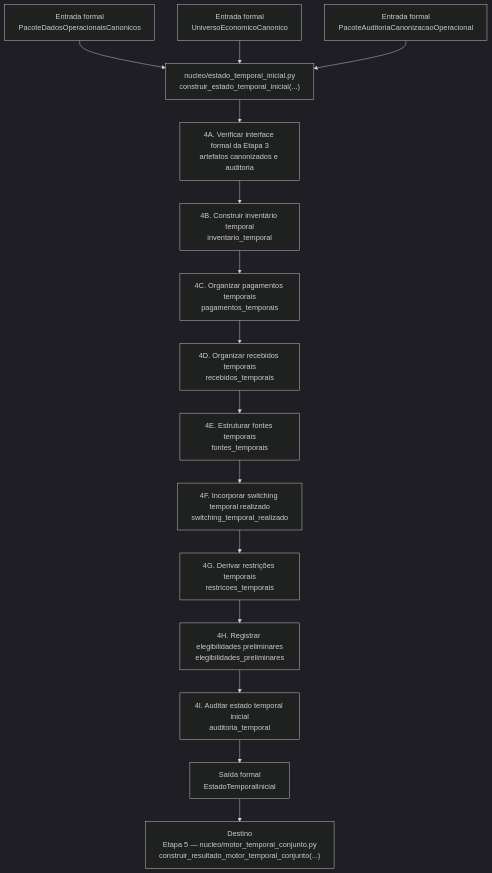
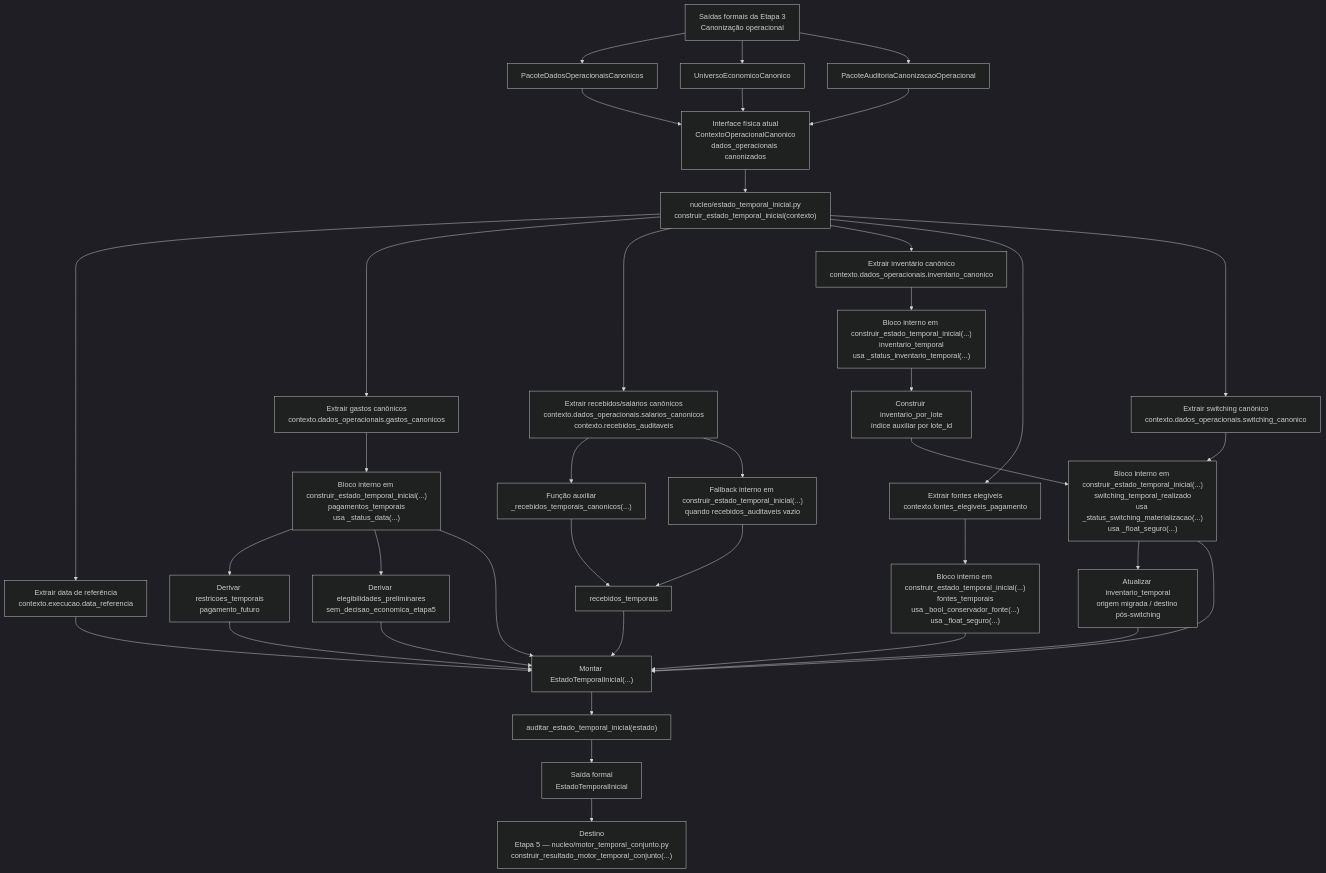
The diagram in relatorios/principais/contratos_individuais/CONTRATO_ETAPA4_ESTADO_TEMPORAL_INICIAL.md (WevertonGomesCosta/payment-investment-allocation), drawn with Mermaid (dark theme) before and after one commit. The commit also changed other lines of this file, not shown here.

Commit message:
MICRO-ETAPA4-DOC: corrige fluxograma DAG do estado temporal

````diff
--- a/relatorios/principais/contratos_individuais/CONTRATO_ETAPA4_ESTADO_TEMPORAL_INICIAL.md
+++ b/relatorios/principais/contratos_individuais/CONTRATO_ETAPA4_ESTADO_TEMPORAL_INICIAL.md
@@ -168,18 +172,51 @@
 ```mermaid
 flowchart TD
-    IN1["Entrada formal<br/>PacoteDadosOperacionaisCanonicos"] --> ORQ["nucleo/estado_temporal_inicial.py<br/>construir_estado_temporal_inicial(...)"]
-    IN2["Entrada formal<br/>UniversoEconomicoCanonico"] --> ORQ
-    IN3["Entrada formal<br/>PacoteAuditoriaCanonizacaoOperacional"] --> ORQ
+    E3["Saídas formais da Etapa 3<br/>Canonização operacional"] --> IN1["PacoteDadosOperacionaisCanonicos"]
+    E3 --> IN2["UniversoEconomicoCanonico"]
+    E3 --> IN3["PacoteAuditoriaCanonizacaoOperacional"]
 
-    ORQ --> A["4A. Verificar interface formal da Etapa 3<br/>artefatos canonizados e auditoria"]
-    A --> B["4B. Construir inventário temporal<br/>inventario_temporal"]
-    B --> C["4C. Organizar pagamentos temporais<br/>pagamentos_temporais"]
-    C --> D["4D. Organizar recebidos temporais<br/>recebidos_temporais"]
-    D --> E["4E. Estruturar fontes temporais<br/>fontes_temporais"]
-    E --> F["4F. Incorporar switching temporal realizado<br/>switching_temporal_realizado"]
-    F --> G["4G. Derivar restrições temporais<br/>restricoes_temporais"]
-    G --> H["4H. Registrar elegibilidades preliminares<br/>elegibilidades_preliminares"]
-    H --> I["4I. Auditar estado temporal inicial<br/>auditoria_temporal"]
-    I --> OUT["Saída formal<br/>EstadoTemporalInicial"]
+    IN1 --> CTX["Interface física atual<br/>ContextoOperacionalCanonico<br/>dados_operacionais canonizados"]
+    IN2 --> CTX
+    IN3 --> CTX
+
+    CTX --> ORQ["nucleo/estado_temporal_inicial.py<br/>construir_estado_temporal_inicial(contexto)"]
+
+    ORQ --> REF["Extrair data de referência<br/>contexto.execucao.data_referencia"]
+    ORQ --> GASTOS["Extrair gastos canônicos<br/>contexto.dados_operacionais.gastos_canonicos"]
+    ORQ --> RECEBIDOS["Extrair recebidos/salários canônicos<br/>contexto.dados_operacionais.salarios_canonicos<br/>contexto.recebidos_auditaveis"]
+    ORQ --> INVENTARIO["Extrair inventário canônico<br/>contexto.dados_operacionais.inventario_canonico"]
+    ORQ --> FONTES["Extrair fontes elegíveis<br/>contexto.fontes_elegiveis_pagamento"]
+    ORQ --> SWITCH["Extrair switching canônico<br/>contexto.dados_operacionais.switching_canonico"]
+
+    GASTOS --> PG["Bloco interno em construir_estado_temporal_inicial(...)<br/>pagamentos_temporais<br/>usa _status_data(...)"]
+    INVENTARIO --> INV["Bloco interno em construir_estado_temporal_inicial(...)<br/>inventario_temporal<br/>usa _status_inventario_temporal(...)"]
+
+    RECEBIDOS --> REC1["Função auxiliar<br/>_recebidos_temporais_canonicos(...)"]
+    REC1 --> REC["recebidos_temporais"]
+    RECEBIDOS --> REC_FALLBACK["Fallback interno em construir_estado_temporal_inicial(...)<br/>quando recebidos_auditaveis vazio"]
+    REC_FALLBACK --> REC
+
+    FONTES --> FON["Bloco interno em construir_estado_temporal_inicial(...)<br/>fontes_temporais<br/>usa _bool_conservador_fonte(...)<br/>usa _float_seguro(...)"]
+
+    INV --> INV_IDX["Construir inventario_por_lote<br/>índice auxiliar por lote_id"]
+    SWITCH --> SW["Bloco interno em construir_estado_temporal_inicial(...)<br/>switching_temporal_realizado<br/>usa _status_switching_materializacao(...)<br/>usa _float_seguro(...)"]
+    INV_IDX --> SW
+    SW --> INV_UPD["Atualizar inventario_temporal<br/>origem migrada / destino pós-switching"]
+
+    PG --> REST["Derivar restricoes_temporais<br/>pagamento_futuro"]
+    PG --> ELEG["Derivar elegibilidades_preliminares<br/>sem_decisao_economica_etapa5"]
+
+    REF --> ESTADO["Montar EstadoTemporalInicial(...)"]
+    PG --> ESTADO
+    INV_UPD --> ESTADO
+    REC --> ESTADO
+    FON --> ESTADO
+    SW --> ESTADO
+    REST --> ESTADO
+    ELEG --> ESTADO
+
+    ESTADO --> AUD["auditar_estado_temporal_inicial(estado)"]
+    AUD --> OUT["Saída formal<br/>EstadoTemporalInicial"]
+
     OUT --> E5["Destino<br/>Etapa 5 — nucleo/motor_temporal_conjunto.py<br/>construir_resultado_motor_temporal_conjunto(...)"]
 ```
````
